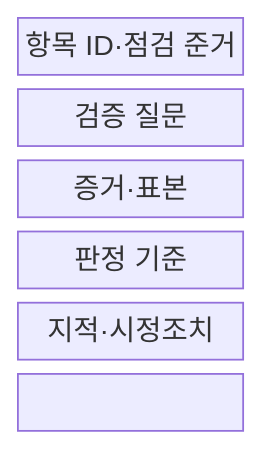
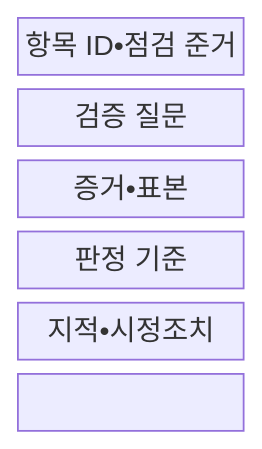
Before and after one commit to agnusdei1207/knowledge-base: the first of 2 diagrams in src/content/docs/notes/06-evaluation/044_audit_checklist.md, drawn with Mermaid. The commit also changed other lines of this file and 953 other files, not shown here.

````diff
--- a/src/content/docs/notes/06-evaluation/044_audit_checklist.md
+++ b/src/content/docs/notes/06-evaluation/044_audit_checklist.md
@@ -69,11 +69,11 @@
 ```mermaid
 block-beta
   columns 1
-  R["항목 ID·점검 준거"]
+  R["항목 ID•점검 준거"]
   Q["검증 질문"]
-  E["증거·표본"]
+  E["증거•표본"]
   J["판정 기준"]
-  C["지적·시정조치"]
+  C["지적•시정조치"]
   R --> Q --> E
   E --> J --> C
 ```
````
